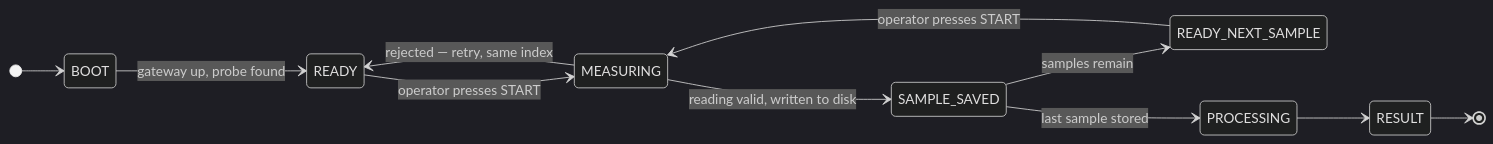
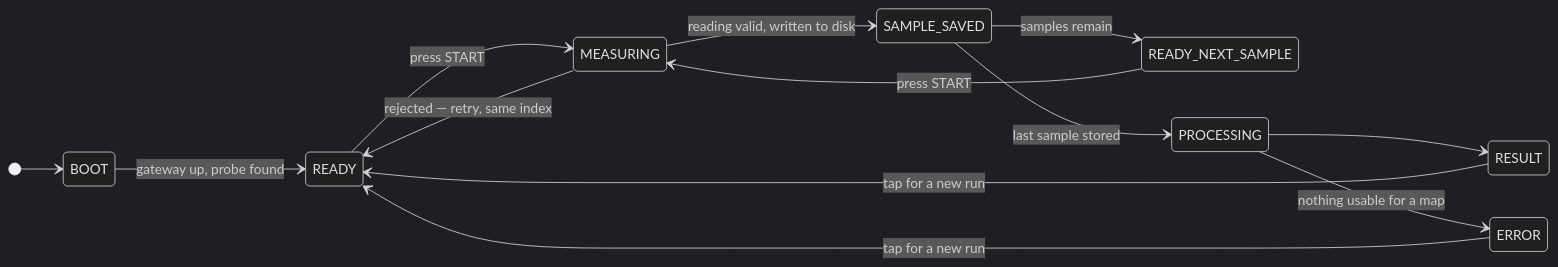
The second of 2 diagrams in README.md (lovshikvinnu/FieldSense), drawn with Mermaid (dark theme) before and after one commit. The commit also changed other lines of this file and 1 other file, not shown here.

````diff
--- a/README.md
+++ b/README.md
@@ -156,14 +156,16 @@
 ```mermaid
 stateDiagram-v2
     direction LR
     [*] --> BOOT
     BOOT --> READY : gateway up, probe found
-    READY --> MEASURING : operator presses START
+    READY --> MEASURING : press START
     MEASURING --> SAMPLE_SAVED : reading valid, written to disk
     MEASURING --> READY : rejected — retry, same index
     SAMPLE_SAVED --> READY_NEXT_SAMPLE : samples remain
-    READY_NEXT_SAMPLE --> MEASURING : operator presses START
+    READY_NEXT_SAMPLE --> MEASURING : press START
     SAMPLE_SAVED --> PROCESSING : last sample stored
     PROCESSING --> RESULT
-    RESULT --> [*]
+    PROCESSING --> ERROR : nothing usable for a map
+    RESULT --> READY : tap for a new run
+    ERROR --> READY : tap for a new run
 ```
````
